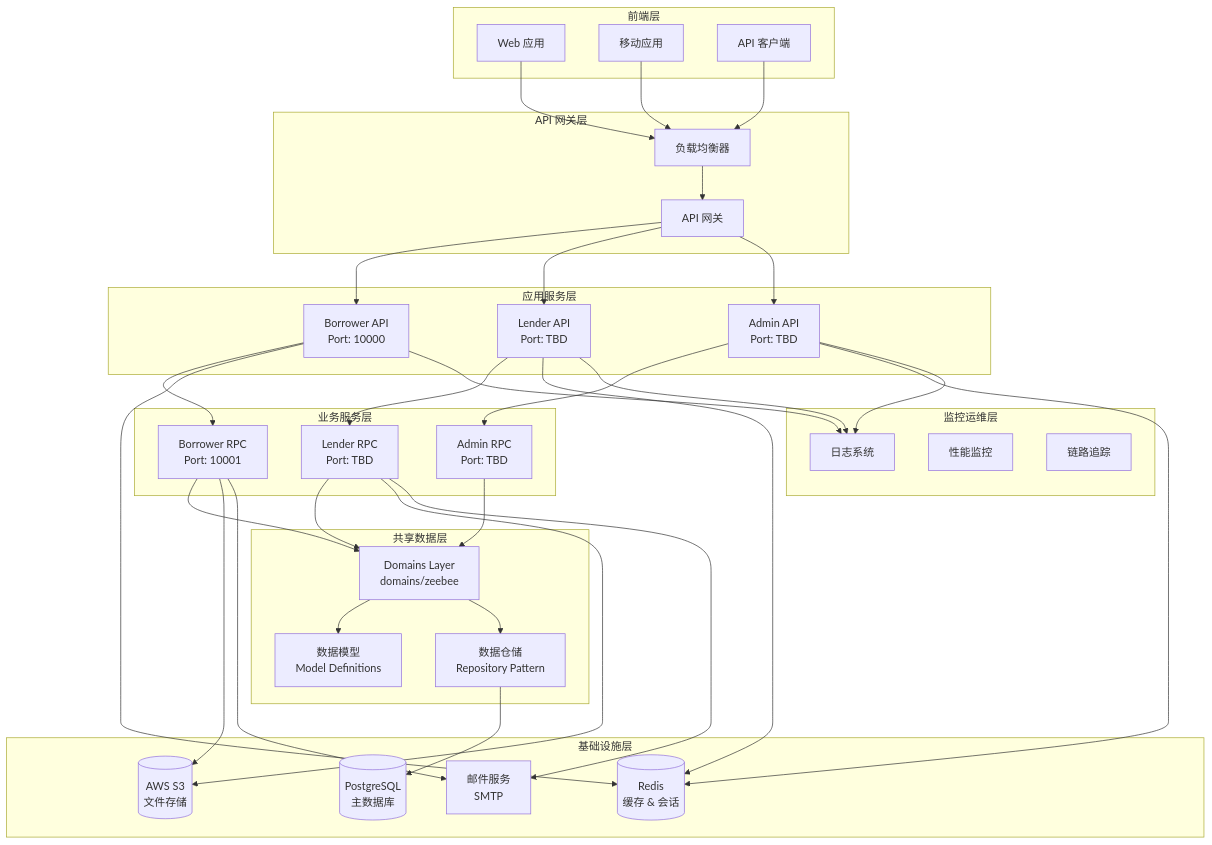
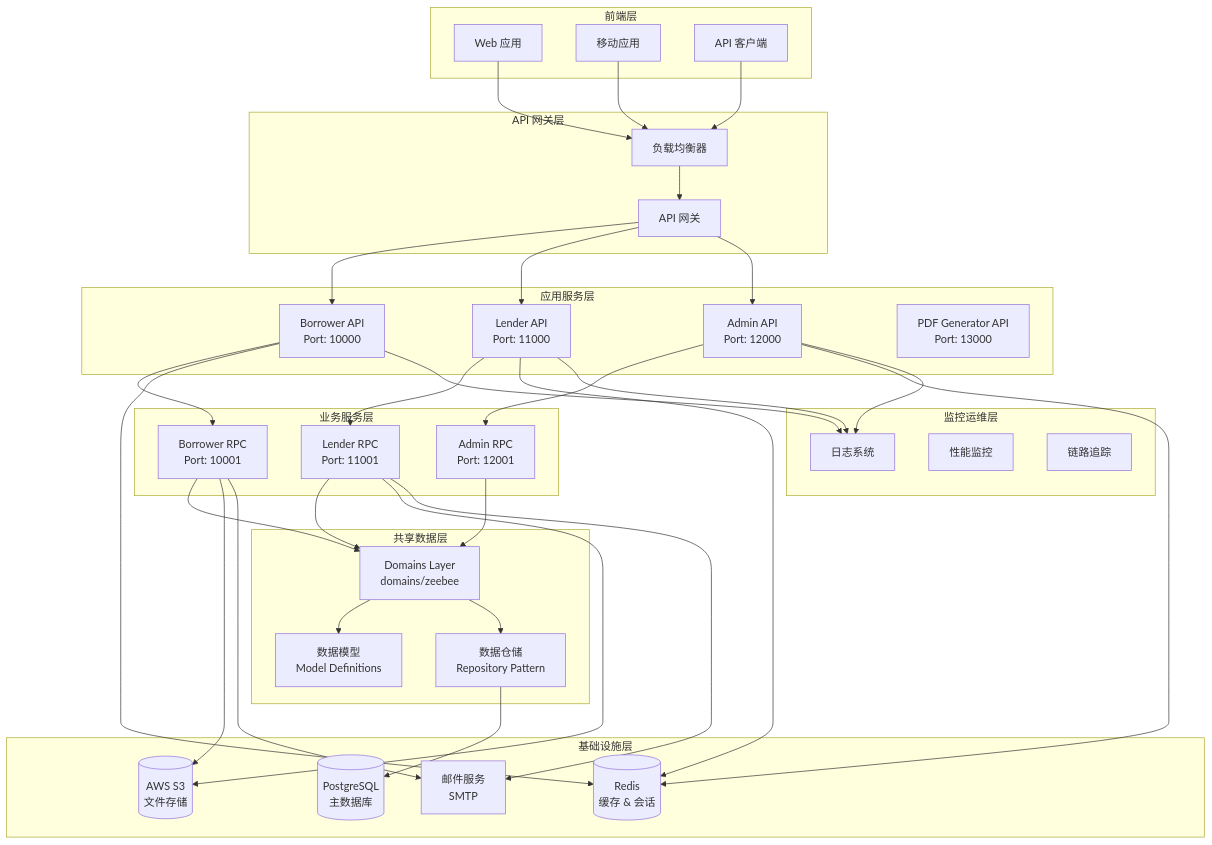
The first of 7 diagrams in backend/.claude/docs/guides/technical_architecture_overview.md (Zeitro/Zeebee-Dev), drawn with Mermaid before and after one commit. The commit also changed other lines of this file and 3 other files, not shown here.

````diff
--- a/backend/.claude/docs/guides/technical_architecture_overview.md
+++ b/backend/.claude/docs/guides/technical_architecture_overview.md
@@ -27,79 +27,80 @@
 ```mermaid
 graph TB
     subgraph "前端层"
         WEB[Web 应用]
         MOBILE[移动应用]
         API_CLIENT[API 客户端]
     end
 
     subgraph "API 网关层"
         LB[负载均衡器]
         GW[API 网关]
     end
 
     subgraph "应用服务层"
         BORROWER_API[Borrower API<br/>Port: 10000]
-        LENDER_API[Lender API<br/>Port: TBD]
-        ADMIN_API[Admin API<br/>Port: TBD]
+        LENDER_API[Lender API<br/>Port: 11000]
+        ADMIN_API[Admin API<br/>Port: 12000]
+        PDF_API[PDF Generator API<br/>Port: 13000]
     end
 
     subgraph "业务服务层"
         BORROWER_RPC[Borrower RPC<br/>Port: 10001]
-        LENDER_RPC[Lender RPC<br/>Port: TBD]
-        ADMIN_RPC[Admin RPC<br/>Port: TBD]
+        LENDER_RPC[Lender RPC<br/>Port: 11001]
+        ADMIN_RPC[Admin RPC<br/>Port: 12001]
     end
 
     subgraph "共享数据层"
         DOMAINS[Domains Layer<br/>domains/zeebee]
         MODEL[数据模型<br/>Model Definitions]
         REPO[数据仓储<br/>Repository Pattern]
     end
 
     subgraph "基础设施层"
         PG[(PostgreSQL<br/>主数据库)]
         REDIS[(Redis<br/>缓存 & 会话)]
         S3[(AWS S3<br/>文件存储)]
         EMAIL[邮件服务<br/>SMTP]
     end
 
     subgraph "监控运维层"
         LOG[日志系统]
         METRICS[性能监控]
         TRACE[链路追踪]
     end
 
     WEB --> LB
     MOBILE --> LB
     API_CLIENT --> LB
     LB --> GW
 
     GW --> BORROWER_API
     GW --> LENDER_API
     GW --> ADMIN_API
 
     BORROWER_API --> BORROWER_RPC
     LENDER_API --> LENDER_RPC
     ADMIN_API --> ADMIN_RPC
 
     BORROWER_RPC --> DOMAINS
     LENDER_RPC --> DOMAINS
     ADMIN_RPC --> DOMAINS
 
     DOMAINS --> MODEL
     DOMAINS --> REPO
 
     REPO --> PG
     BORROWER_API --> REDIS
     LENDER_API --> REDIS
     ADMIN_API --> REDIS
 
     BORROWER_RPC --> S3
     LENDER_RPC --> S3
 
     BORROWER_RPC --> EMAIL
     LENDER_RPC --> EMAIL
 
     BORROWER_API --> LOG
     LENDER_API --> LOG
     ADMIN_API --> LOG
 ```
````
